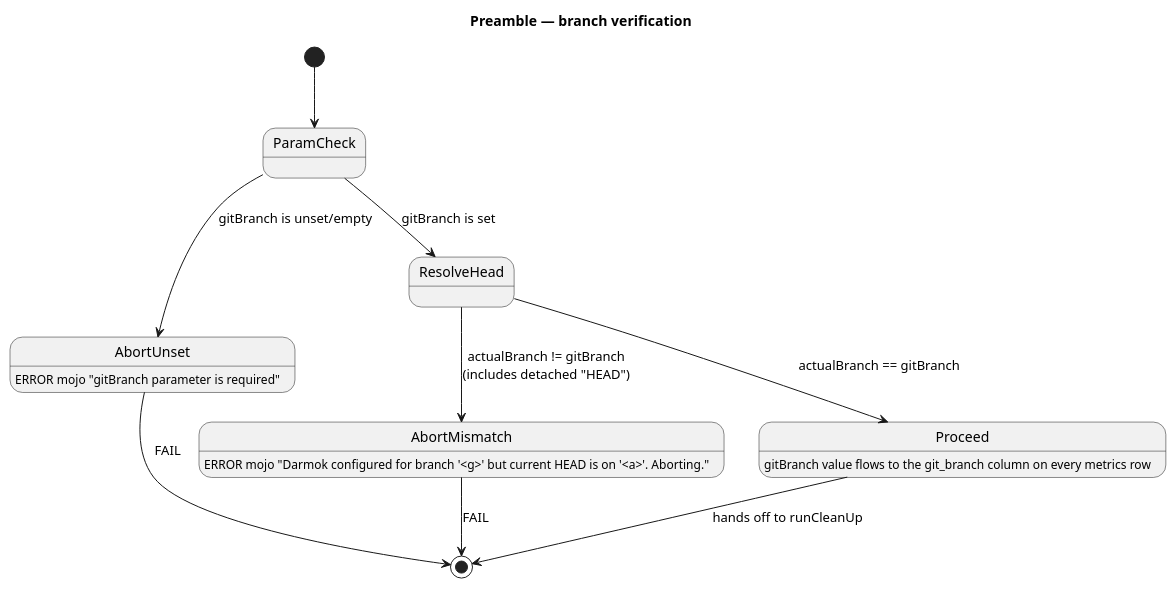
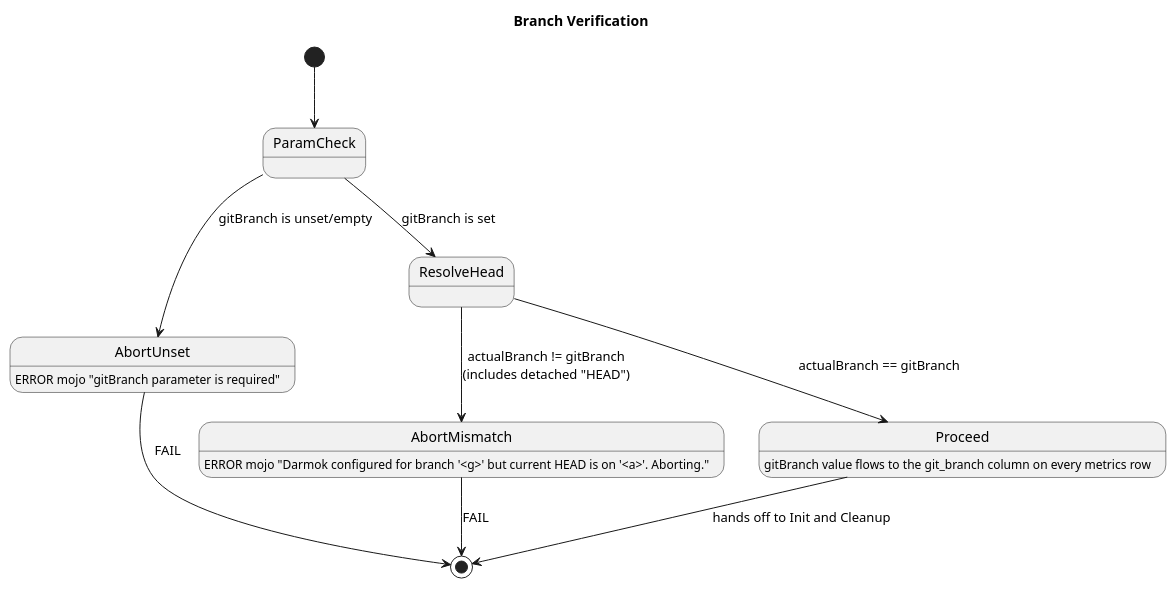
One commit to farhan5248/sheep-dog-qa changed the second of 11 diagrams in sheep-dog-features/src/test/resources/asciidoc/specs/Darmok/model.md. Above: the diagram before and after it, drawn with PlantUML. The commit also changed other lines of this file and 17 other files, not shown here.

````diff
--- a/sheep-dog-features/src/test/resources/asciidoc/specs/Darmok/model.md
+++ b/sheep-dog-features/src/test/resources/asciidoc/specs/Darmok/model.md
@@ -62,20 +73,20 @@
 ```plantuml
 @startuml
-title Preamble — branch verification
+title Branch Verification
 
 [*] --> ParamCheck
 ParamCheck --> AbortUnset    : gitBranch is unset/empty
 ParamCheck --> ResolveHead   : gitBranch is set
 ResolveHead --> AbortMismatch : actualBranch != gitBranch\n(includes detached "HEAD")
 ResolveHead --> Proceed       : actualBranch == gitBranch
 
 AbortUnset    : ERROR mojo "gitBranch parameter is required"
 AbortMismatch : ERROR mojo "Darmok configured for branch '<g>' but current HEAD is on '<a>'. Aborting."
 Proceed       : gitBranch value flows to the git_branch column on every metrics row
 
 AbortUnset    --> [*] : FAIL
 AbortMismatch --> [*] : FAIL
-Proceed       --> [*] : hands off to runCleanUp
+Proceed       --> [*] : hands off to Init and Cleanup
 
 @enduml
 ```
````
